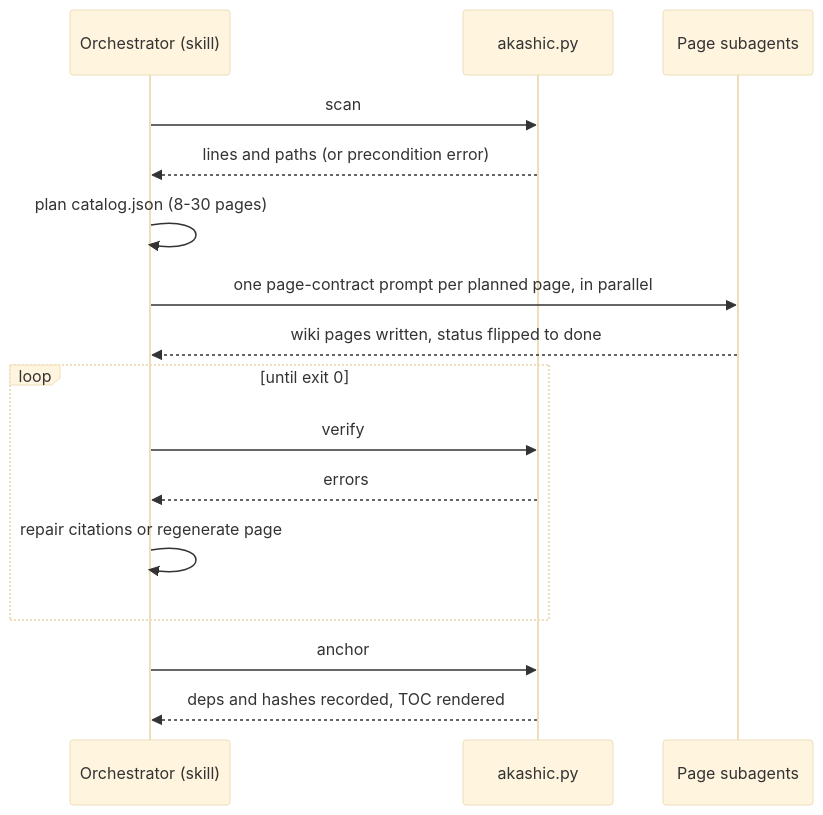
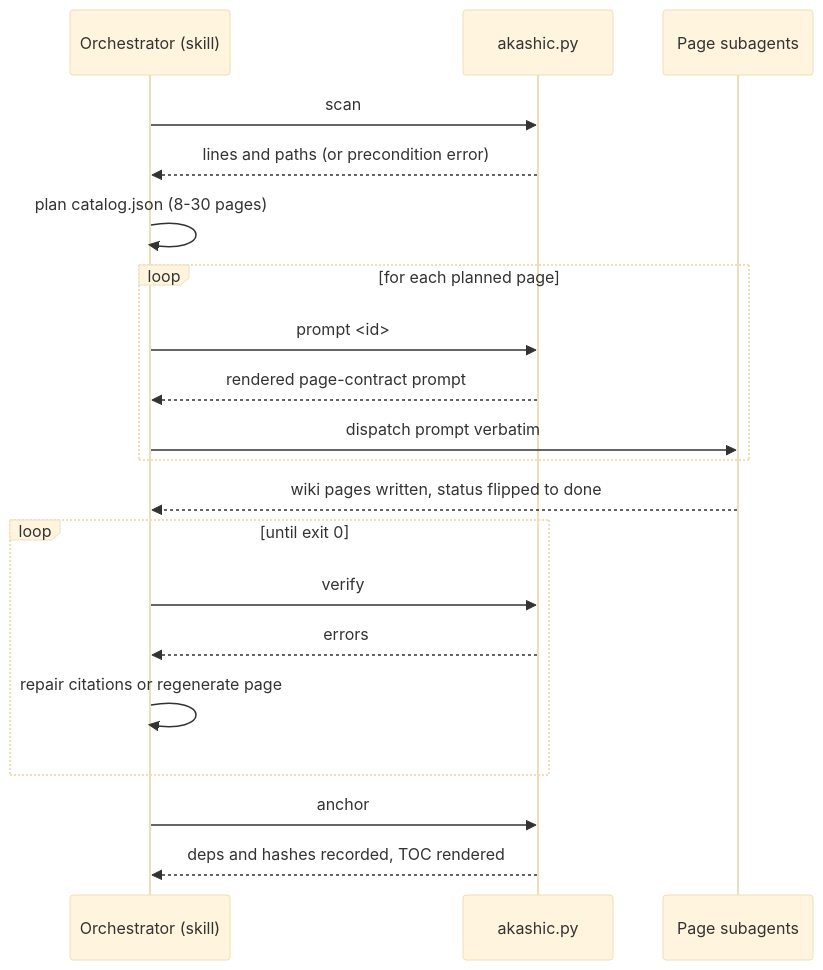
The diagram in .akashic/wiki/skill-orchestration.md (ARMeeru/akashic-record), drawn with Mermaid (base theme) before and after one commit. The commit also changed other lines of this file and 6 other files, not shown here.

````diff
--- a/.akashic/wiki/skill-orchestration.md
+++ b/.akashic/wiki/skill-orchestration.md
@@ -34,18 +36,22 @@
 ```mermaid
 sequenceDiagram
     participant O as Orchestrator (skill)
     participant A as akashic.py
     participant P as Page subagents
     O->>A: scan
     A-->>O: lines and paths (or precondition error)
     O->>O: plan catalog.json (8-30 pages)
-    O->>P: one page-contract prompt per planned page, in parallel
+    loop for each planned page
+        O->>A: prompt <id>
+        A-->>O: rendered page-contract prompt
+        O->>P: dispatch prompt verbatim
+    end
     P-->>O: wiki pages written, status flipped to done
     loop until exit 0
         O->>A: verify
         A-->>O: errors
         O->>O: repair citations or regenerate page
     end
     O->>A: anchor
     A-->>O: deps and hashes recorded, TOC rendered
 ```
````
